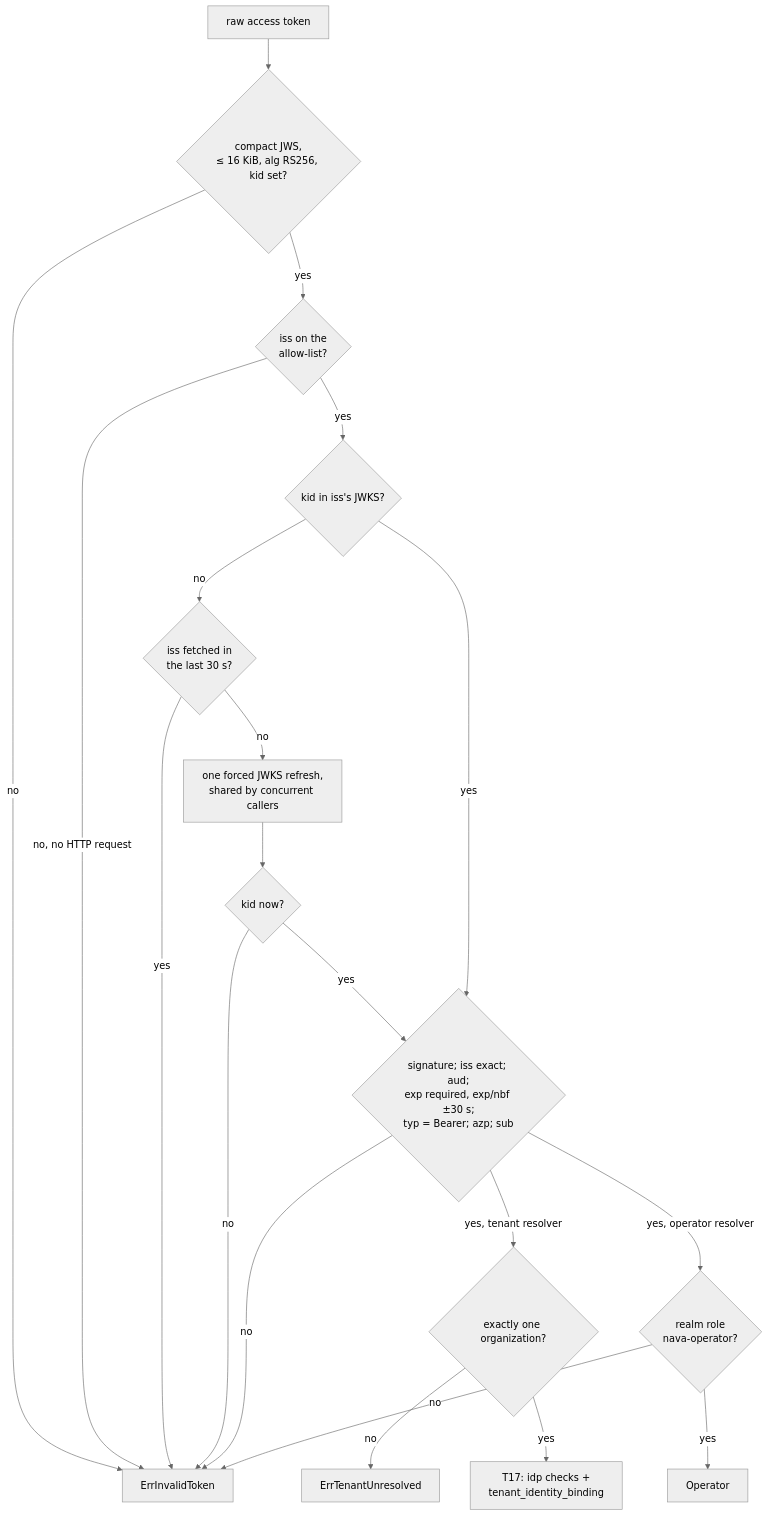
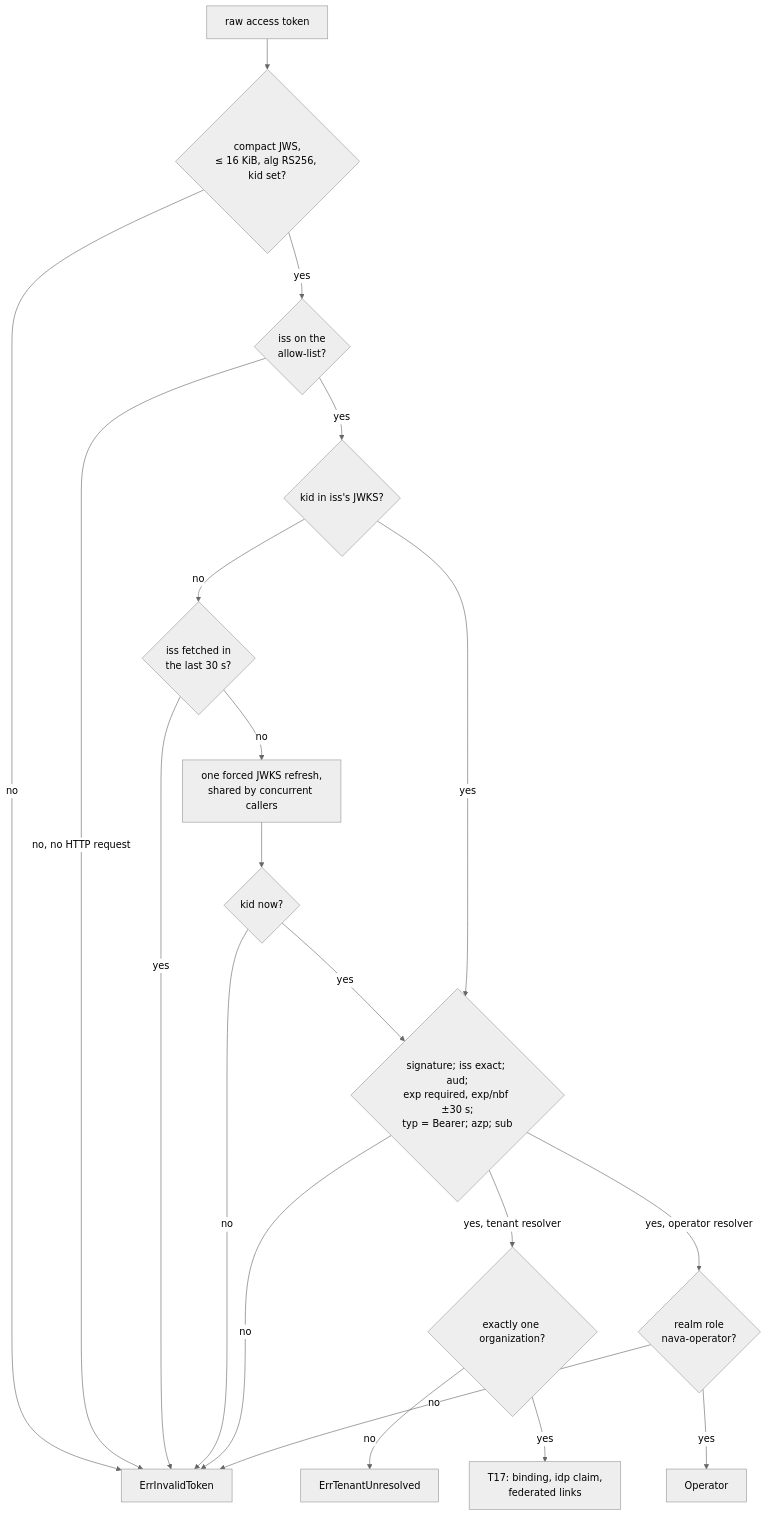
The diagram in docs/architecture/identity-port.md (Navaladi2019/TicketingSystem), drawn with Mermaid (neutral theme) before and after one commit. The commit also changed other lines of this file and 34 other files, not shown here.

First line of the commit message:
feat(identity): tenant resolution and auth middleware (T17, TICK-72)

````diff
--- a/docs/architecture/identity-port.md
+++ b/docs/architecture/identity-port.md
@@ -18,21 +18,21 @@
 ```mermaid
 flowchart TD
   T[raw access token] --> S{compact JWS,<br/>≤ 16 KiB, alg RS256, kid set?}
   S -- no --> X[ErrInvalidToken]
   S -- yes --> I{iss on the<br/>allow-list?}
   I -- no, no HTTP request --> X
   I -- yes --> K{kid in iss's JWKS?}
   K -- no --> G{iss fetched in<br/>the last 30 s?}
   G -- yes --> X
   G -- no --> R[one forced JWKS refresh,<br/>shared by concurrent callers] --> K2{kid now?}
   K2 -- no --> X
   K2 -- yes --> V
   K -- yes --> V{signature; iss exact; aud;<br/>exp required, exp/nbf ±30 s;<br/>typ = Bearer; azp; sub}
   V -- no --> X
   V -- yes, tenant resolver --> O{exactly one organization?}
   O -- no --> U[ErrTenantUnresolved]
-  O -- yes --> T17[T17: idp checks +<br/>tenant_identity_binding]
+  O -- yes --> T17[T17: binding, idp claim,<br/>federated links]
   V -- yes, operator resolver --> Role{realm role<br/>nava-operator?}
   Role -- no --> X
   Role -- yes --> Op[Operator]
 ```
````
